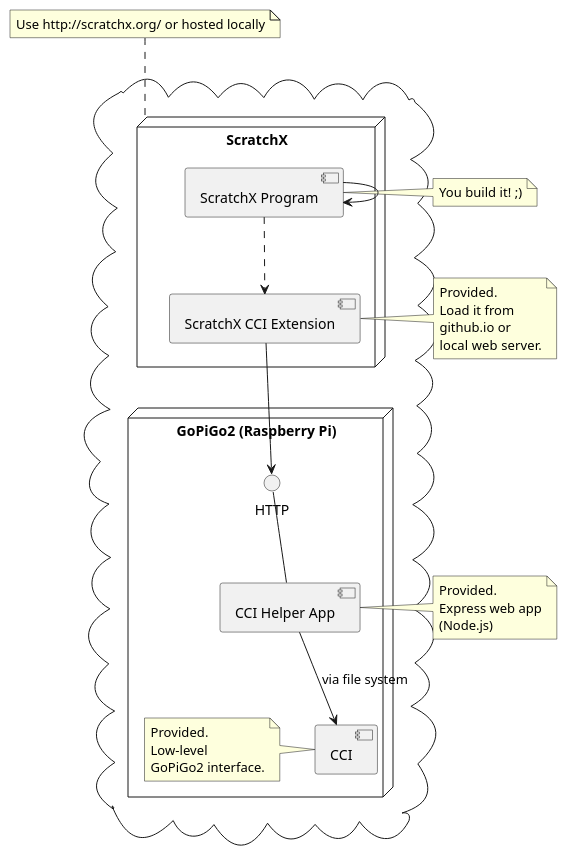
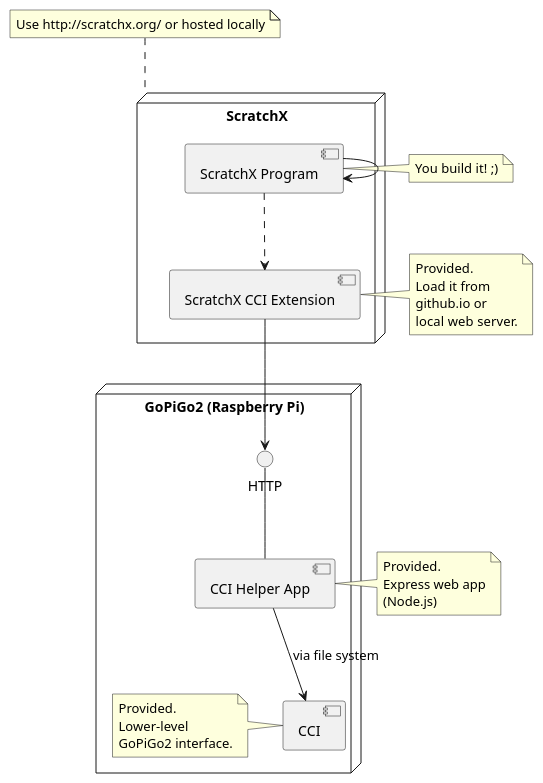
One commit to cci-scratchx/cci-scratchx.github.io changed the diagram in cci-scratchx.puml. Above: the diagram before and after it, drawn with PlantUML. The commit also changed 4 other files, not shown here.

```diff
--- a/cci-scratchx.puml
+++ b/cci-scratchx.puml
@@ -1,47 +1,47 @@
 @startuml
 
-cloud {
-    node "ScratchX" {
-        [ScratchX CCI Extension]
 
-        [ScratchX Program] -> [ScratchX Program]
-        [ScratchX Program] ..> [ScratchX CCI Extension]
-    }
+node "ScratchX" {
+    [ScratchX CCI Extension]
 
-    node "GoPiGo2 (Raspberry Pi)" {
-        [CCI]
-        HTTP -- [CCI Helper App]
-        [CCI Helper App] --> [CCI] : via file system
+    [ScratchX Program] -> [ScratchX Program]
+    [ScratchX Program] ..> [ScratchX CCI Extension]
+}
 
-        note left of [CCI]
-            Provided.
-            Low-level
-            GoPiGo2 interface.
-        end note
-    }
+node "GoPiGo2 (Raspberry Pi)" {
+    [CCI]
+    HTTP -- [CCI Helper App]
+    [CCI Helper App] --> [CCI] : via file system
 
-    [ScratchX CCI Extension] --> HTTP
+    note left of [CCI]
+        Provided.
+        Lower-level
+        GoPiGo2 interface.
+    end note
 }
+
+[ScratchX CCI Extension] --> HTTP
+
 
 note left of [ScratchX Program]
     You build it! ;)
 end note
 
 note left of [ScratchX CCI Extension]
     Provided.
     Load it from
     github.io or
     local web server.
 end note
 
 note top of ScratchX
  Use http://scratchx.org/ or hosted locally
 end note
 
 note left of [CCI Helper App]
     Provided.
     Express web app
     (Node.js)
 end note
 
 @enduml
```
